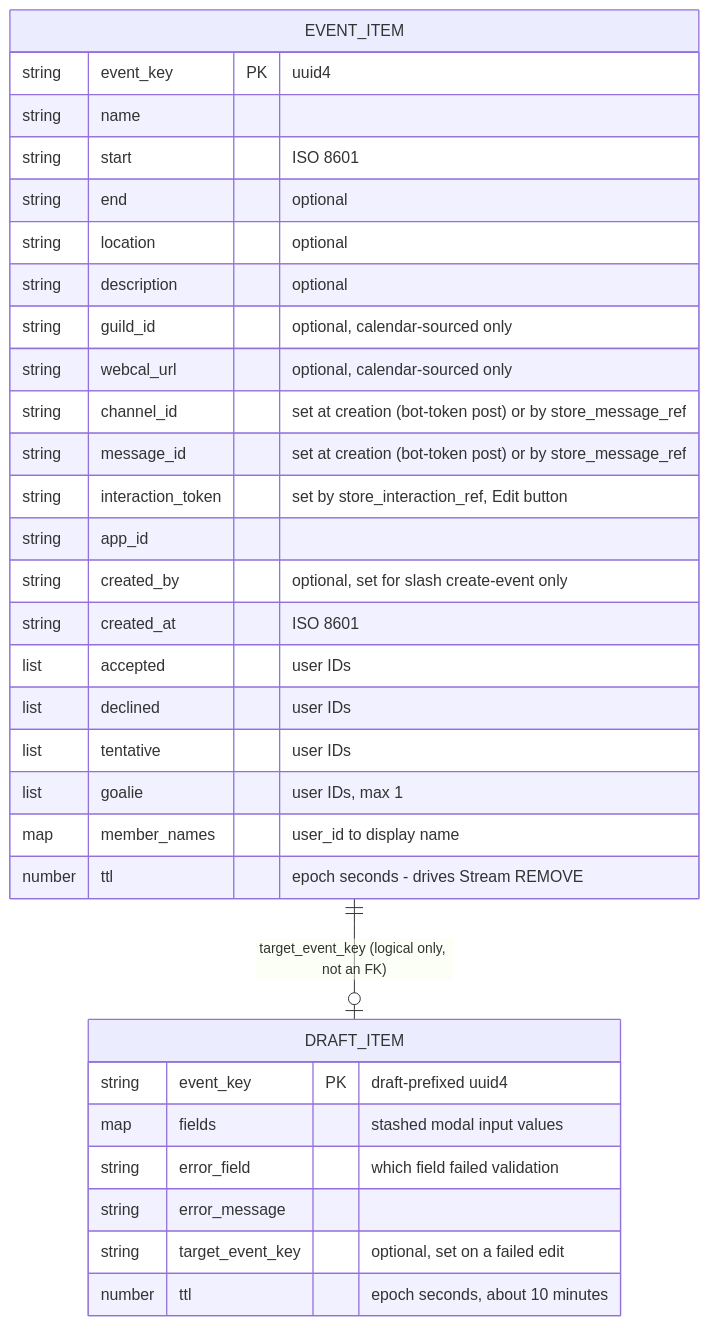
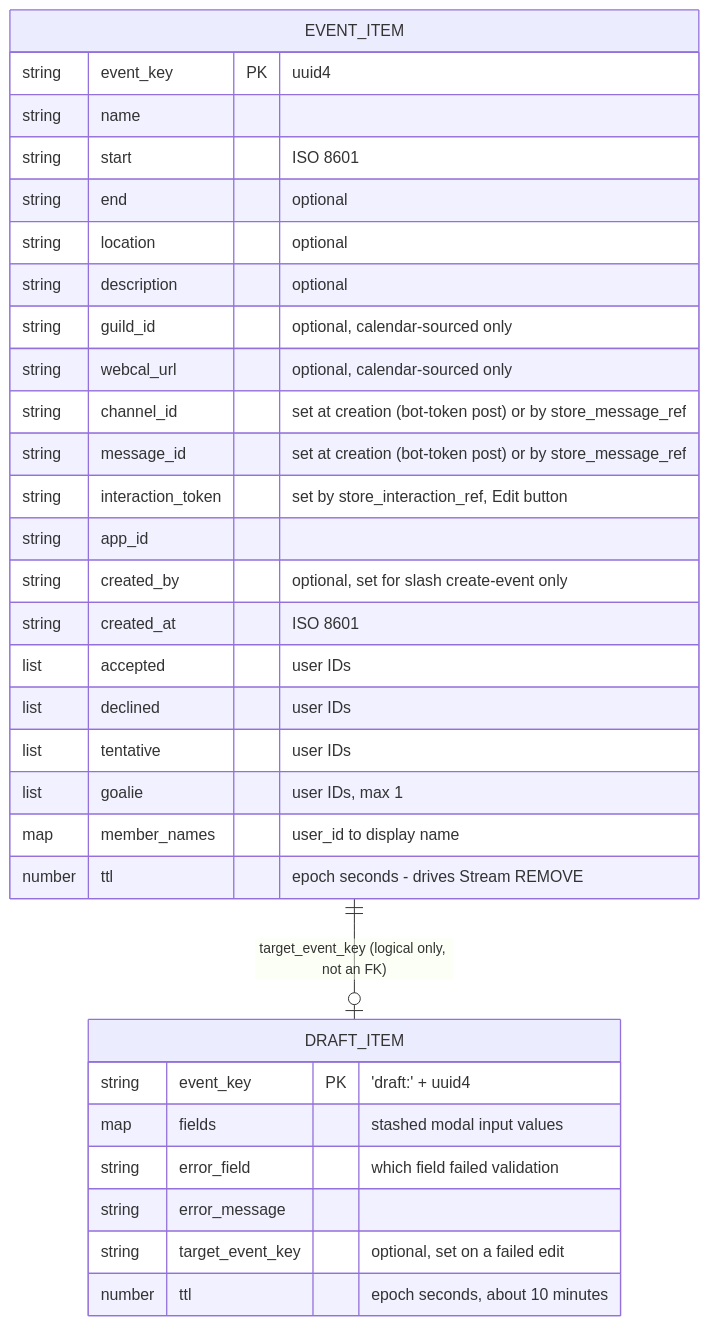
Before and after one commit to marcmaniscalco/BenchBoss: the second of 4 diagrams in docs/ARCHITECTURE.md, drawn with Mermaid. The commit also changed other lines of this file, not shown here.

````diff
--- a/docs/ARCHITECTURE.md
+++ b/docs/ARCHITECTURE.md
@@ -151,34 +147,34 @@
 ```mermaid
 erDiagram
     EVENT_ITEM {
         string event_key PK "uuid4"
         string name
         string start "ISO 8601"
         string end "optional"
         string location "optional"
         string description "optional"
         string guild_id "optional, calendar-sourced only"
         string webcal_url "optional, calendar-sourced only"
         string channel_id "set at creation (bot-token post) or by store_message_ref"
         string message_id "set at creation (bot-token post) or by store_message_ref"
         string interaction_token "set by store_interaction_ref, Edit button"
         string app_id
         string created_by "optional, set for slash create-event only"
         string created_at "ISO 8601"
         list accepted "user IDs"
         list declined "user IDs"
         list tentative "user IDs"
         list goalie "user IDs, max 1"
         map member_names "user_id to display name"
         number ttl "epoch seconds - drives Stream REMOVE"
     }
     DRAFT_ITEM {
-        string event_key PK "draft-prefixed uuid4"
+        string event_key PK "'draft:' + uuid4"
         map fields "stashed modal input values"
         string error_field "which field failed validation"
         string error_message
         string target_event_key "optional, set on a failed edit"
         number ttl "epoch seconds, about 10 minutes"
     }
     EVENT_ITEM ||--o| DRAFT_ITEM : "target_event_key (logical only, not an FK)"
 ```
````
